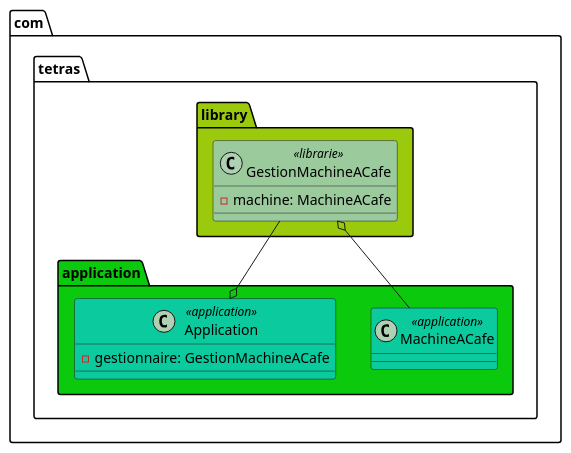
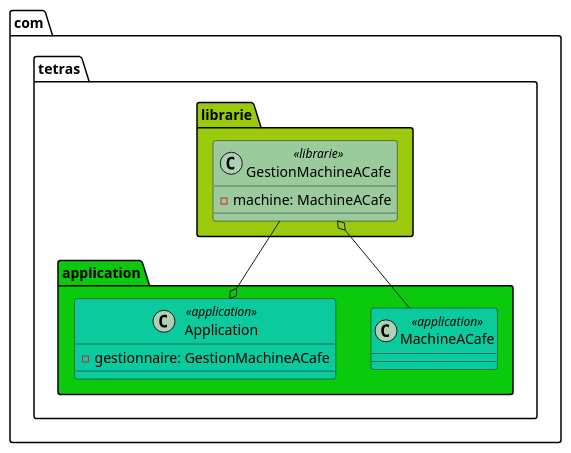
One commit to jandry/design-pattern changed the diagram in src/uml/DependencyInjection.puml. Above: the diagram before and after it, drawn with PlantUML.

Commit message:
finish rename

```diff
--- a/src/uml/DependencyInjection.puml
+++ b/src/uml/DependencyInjection.puml
@@ -1,25 +1,25 @@
 @startuml Singleton
 
 skinparam class {
     BackgroundColor<<librarie>> #9bca9d
     BackgroundColor<<application>> #0bca9d
 }
 
-package "com.tetras.library" #9bca0d {
+package "com.tetras.librarie" #9bca0d {
     class GestionMachineACafe <<librarie>> {
         - machine: MachineACafe
     }
 }
 
 
 package "com.tetras.application" #0bca0d {
     class MachineACafe <<application>> 
     class Application <<application>> {
         - gestionnaire: GestionMachineACafe
     }
 }
 
 Application o-- GestionMachineACafe
 GestionMachineACafe o-- MachineACafe
 
 @enduml
```
